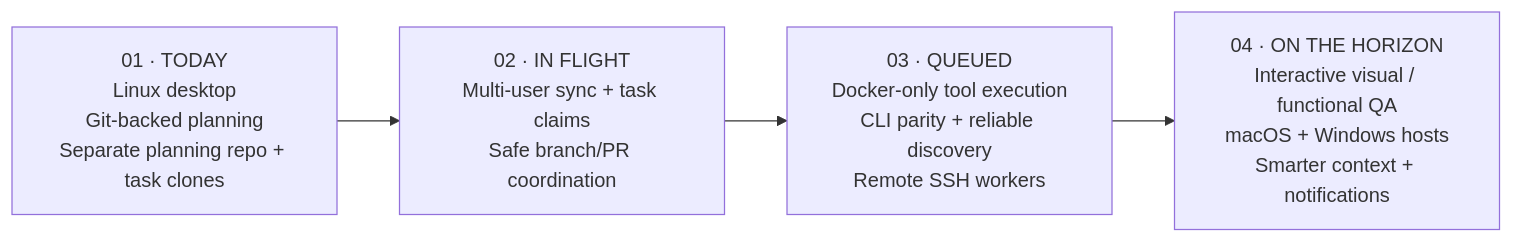
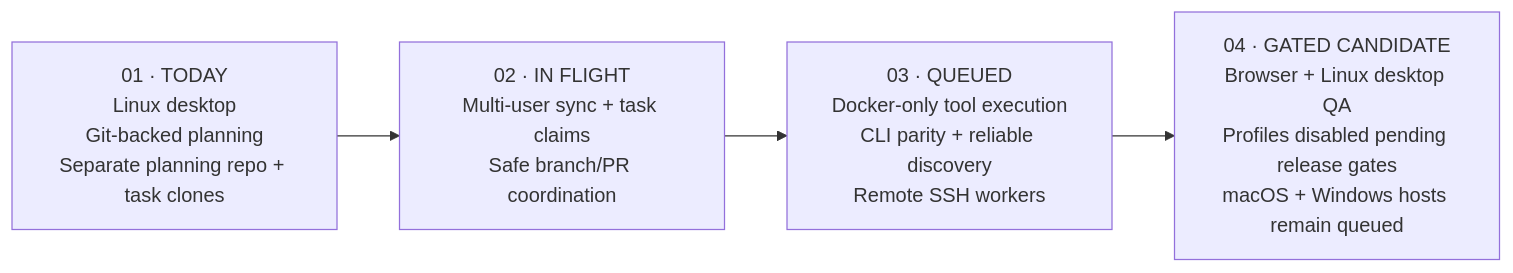
One commit to zbarno/kool.ade changed the diagram in README.md. Above: the diagram before and after it, drawn with Mermaid. The commit also changed other lines of this file and 1 other file, not shown here.

Commit message:
docs: refresh runtime QA release evidence snapshot (#444)

````diff
--- a/README.md
+++ b/README.md
@@ -441,6 +441,6 @@
 ```mermaid
 flowchart LR
     A["01 · TODAY<br/>Linux desktop<br/>Git-backed planning<br/>Separate planning repo + task clones"] --> B["02 · IN FLIGHT<br/>Multi-user sync + task claims<br/>Safe branch/PR coordination"]
     B --> C["03 · QUEUED<br/>Docker-only tool execution<br/>CLI parity + reliable discovery<br/>Remote SSH workers"]
-    C --> D["04 · ON THE HORIZON<br/>Interactive visual / functional QA<br/>macOS + Windows hosts<br/>Smarter context + notifications"]
+    C --> D["04 · GATED CANDIDATE<br/>Browser + Linux desktop QA<br/>Profiles disabled pending release gates<br/>macOS + Windows hosts remain queued"]
 ```
````
